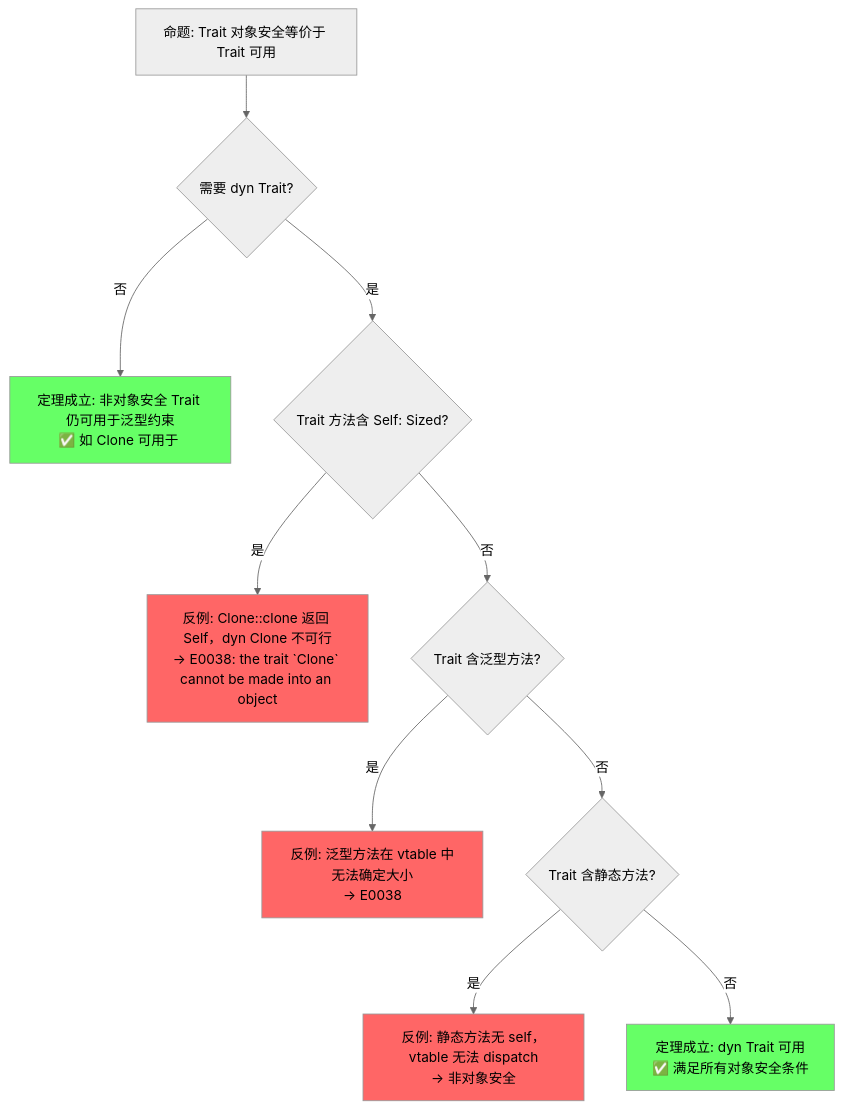
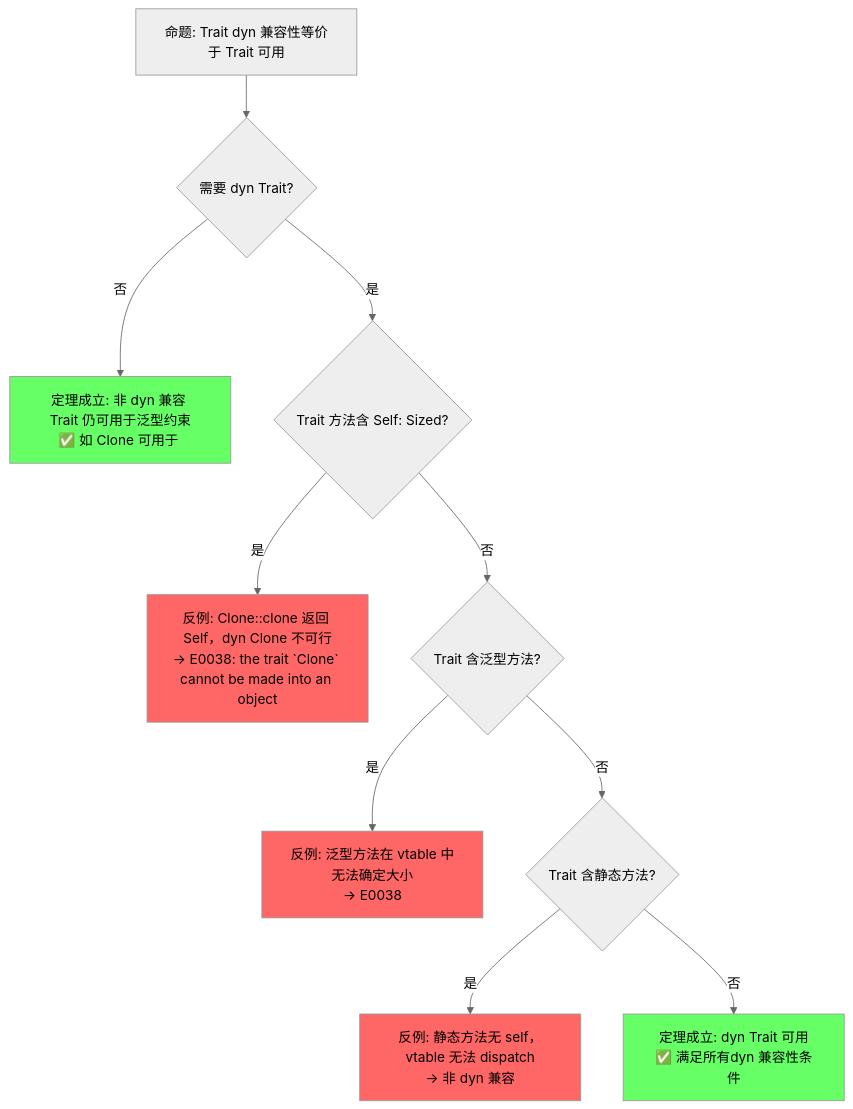
One commit to martin-ly/rust-lang changed the sixth of 6 diagrams in concept/02_intermediate/00_traits/01_traits.md. Above: the diagram before and after it, drawn with Mermaid (neutral theme). The commit also changed other lines of this file and 113 other files, not shown here.

````diff
--- a/concept/02_intermediate/00_traits/01_traits.md
+++ b/concept/02_intermediate/00_traits/01_traits.md
@@ -1416,18 +1476,18 @@
 ```mermaid
 graph TD
-    P["命题: Trait 对象安全等价于 Trait 可用"] --> Q1{"需要 dyn Trait?"}
-    Q1 -->|否| T1["定理成立: 非对象安全 Trait 仍可用于泛型约束<br/>✅ 如 Clone 可用于 <T: Clone>"]
+    P["命题: Trait dyn 兼容性等价于 Trait 可用"] --> Q1{"需要 dyn Trait?"}
+    Q1 -->|否| T1["定理成立: 非 dyn 兼容 Trait 仍可用于泛型约束<br/>✅ 如 Clone 可用于 <T: Clone>"]
     Q1 -->|是| Q2{"Trait 方法含 Self: Sized?"}
     Q2 -->|是| F1["反例: Clone::clone 返回 Self，dyn Clone 不可行<br/>→ E0038: the trait `Clone` cannot be made into an object"]
     Q2 -->|否| Q3{"Trait 含泛型方法?"}
     Q3 -->|是| F2["反例: 泛型方法在 vtable 中无法确定大小<br/>→ E0038"]
     Q3 -->|否| Q4{"Trait 含静态方法?"}
-    Q4 -->|是| F3["反例: 静态方法无 self，vtable 无法 dispatch<br/>→ 非对象安全"]
-    Q4 -->|否| T2["定理成立: dyn Trait 可用<br/>✅ 满足所有对象安全条件"]
+    Q4 -->|是| F3["反例: 静态方法无 self，vtable 无法 dispatch<br/>→ 非 dyn 兼容"]
+    Q4 -->|否| T2["定理成立: dyn Trait 可用<br/>✅ 满足所有dyn 兼容性条件"]
 
     style F1 fill:#f66
     style F2 fill:#f66
     style F3 fill:#f66
     style T1 fill:#6f6
     style T2 fill:#6f6
 ```
````
